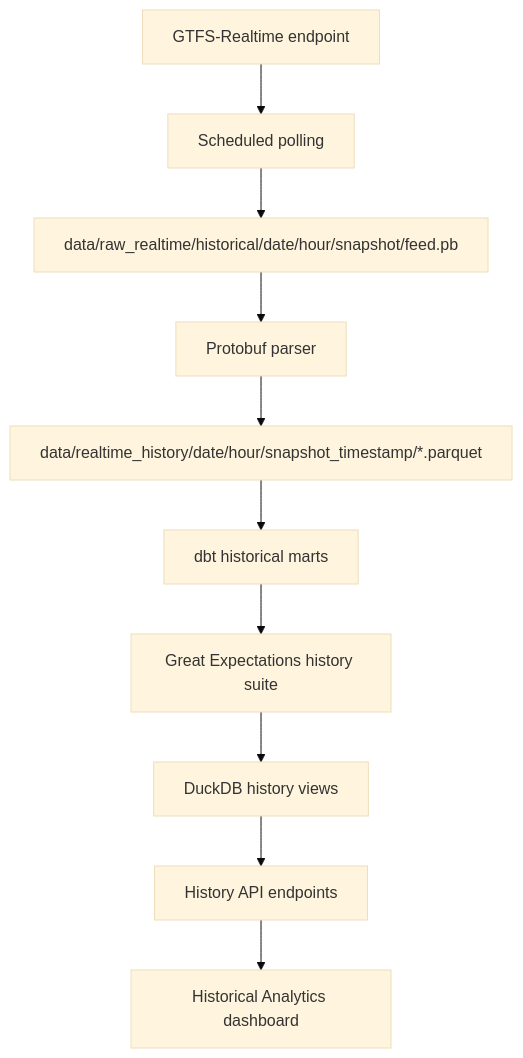
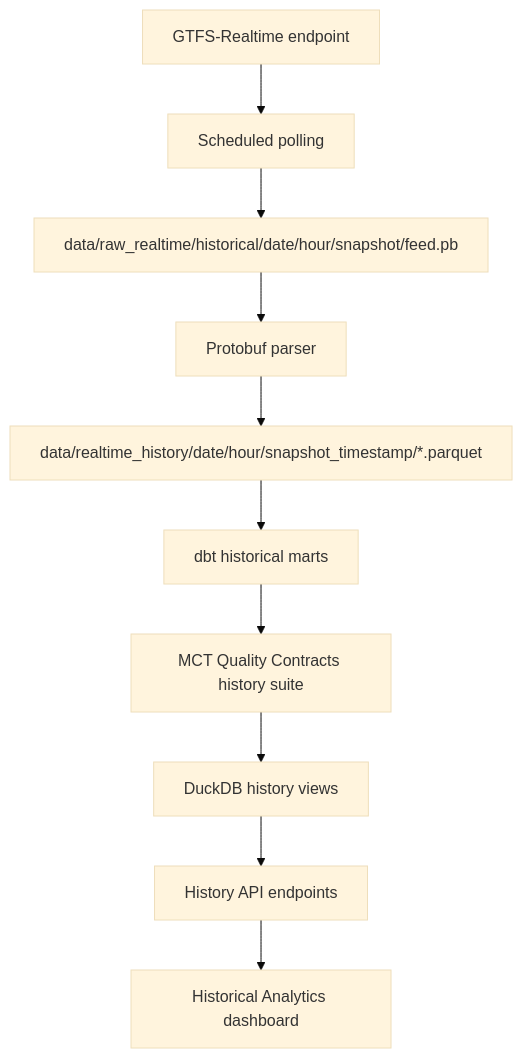
The diagram in docs/architecture/historical_realtime_flow.md (KYoussefAI/Mobility_Control_Tower), drawn with Mermaid (base theme) before and after one commit. The commit also changed other lines of this file and 206 other files, not shown here.

````diff
--- a/docs/architecture/historical_realtime_flow.md
+++ b/docs/architecture/historical_realtime_flow.md
@@ -3,12 +3,12 @@
 ```mermaid
 flowchart TD
     FEED[GTFS-Realtime endpoint] --> POLL[Scheduled polling]
     POLL --> RAW[data/raw_realtime/historical/date/hour/snapshot/feed.pb]
     RAW --> PARSE[Protobuf parser]
     PARSE --> PARQUET[data/realtime_history/date/hour/snapshot_timestamp/*.parquet]
     PARQUET --> DBT[dbt historical marts]
-    DBT --> GE[Great Expectations history suite]
-    GE --> DUCK[DuckDB history views]
+    DBT --> QC[MCT Quality Contracts history suite]
+    QC --> DUCK[DuckDB history views]
     DUCK --> API[History API endpoints]
     API --> DASH[Historical Analytics dashboard]
 ```
````
